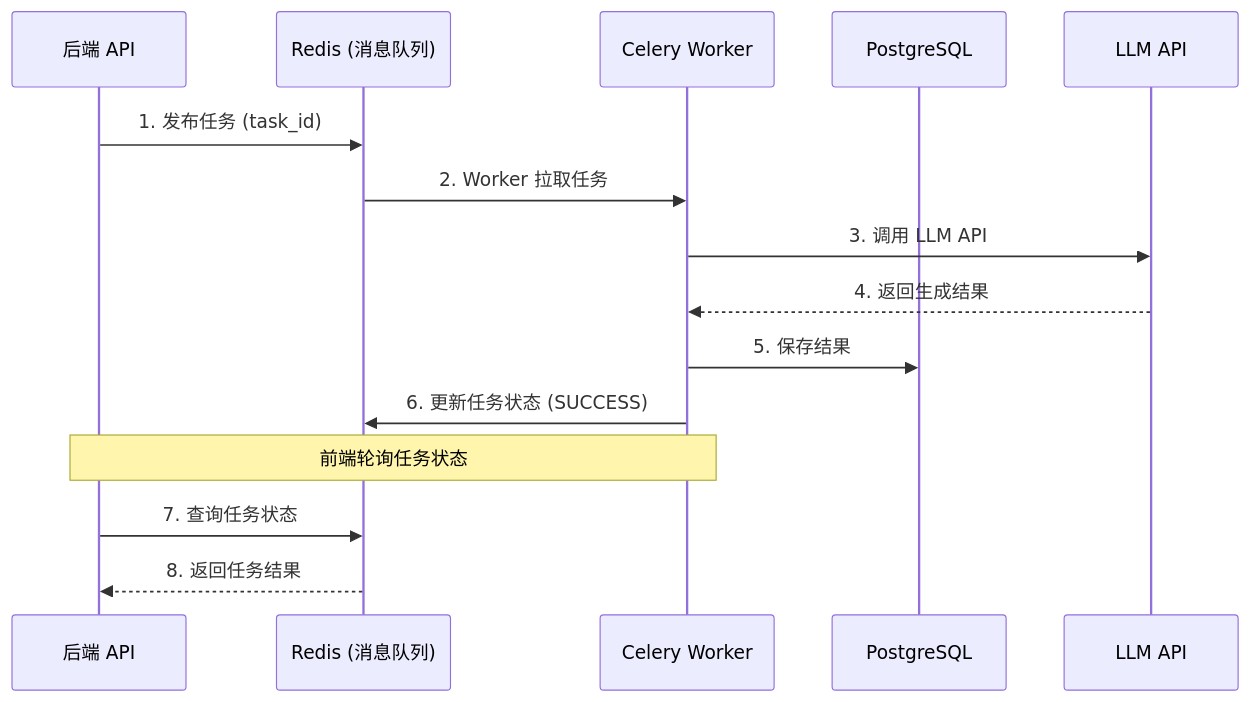
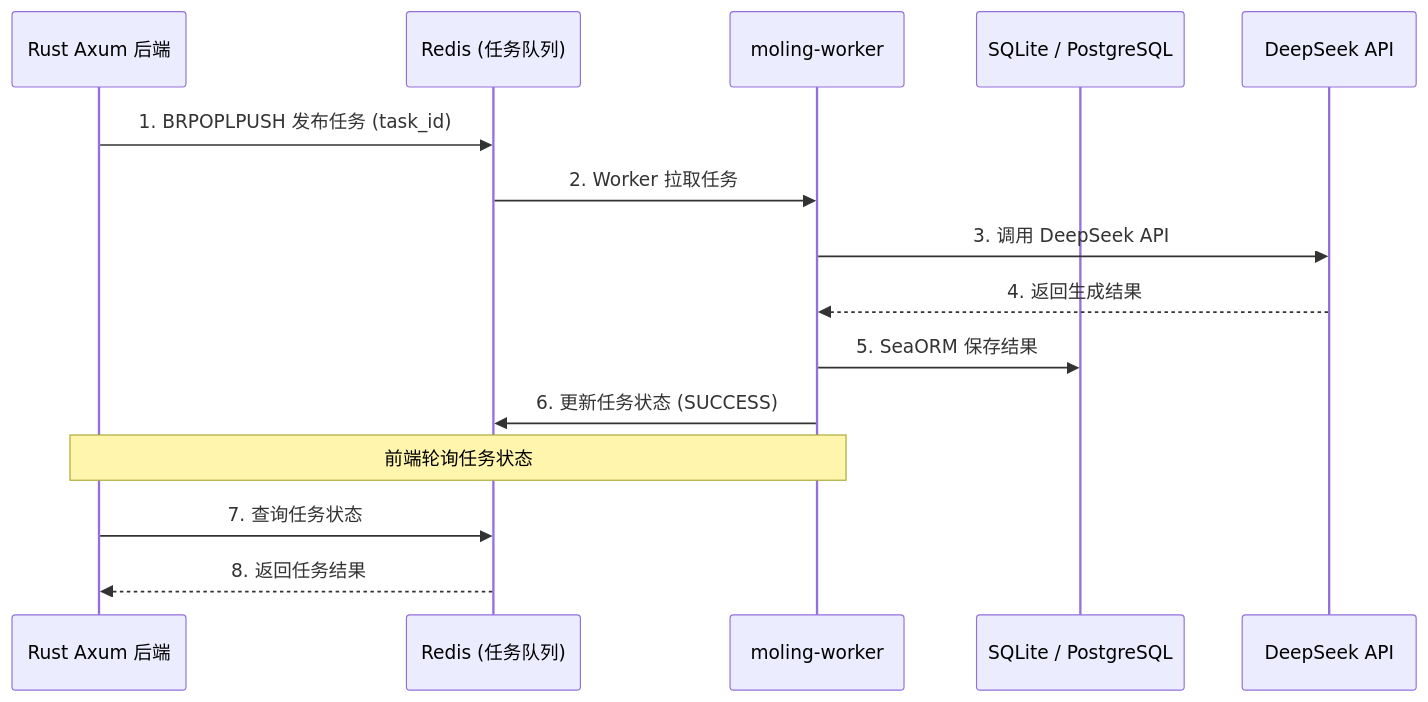
One commit to 2eho/moling changed the fifth of 7 diagrams in docs/ARCHITECTURE.md. Above: the diagram before and after it, drawn with Mermaid. The commit also changed other lines of this file and 185 other files, not shown here.

````diff
--- a/docs/ARCHITECTURE.md
+++ b/docs/ARCHITECTURE.md
@@ -167,18 +233,18 @@
 ```mermaid
 sequenceDiagram
-    participant A as 后端 API
-    participant Q as Redis (消息队列)
-    participant W as Celery Worker
-    participant D as PostgreSQL
-    participant L as LLM API
+    participant A as Rust Axum 后端
+    participant Q as Redis (任务队列)
+    participant W as moling-worker
+    participant D as SQLite / PostgreSQL
+    participant L as DeepSeek API
 
-    A->>Q: 1. 发布任务 (task_id)
+    A->>Q: 1. BRPOPLPUSH 发布任务 (task_id)
     Q->>W: 2. Worker 拉取任务
-    W->>L: 3. 调用 LLM API
+    W->>L: 3. 调用 DeepSeek API
     L-->>W: 4. 返回生成结果
-    W->>D: 5. 保存结果
+    W->>D: 5. SeaORM 保存结果
     W->>Q: 6. 更新任务状态 (SUCCESS)
     Note over A,W: 前端轮询任务状态
     A->>Q: 7. 查询任务状态
     Q-->>A: 8. 返回任务结果
 ```
````
